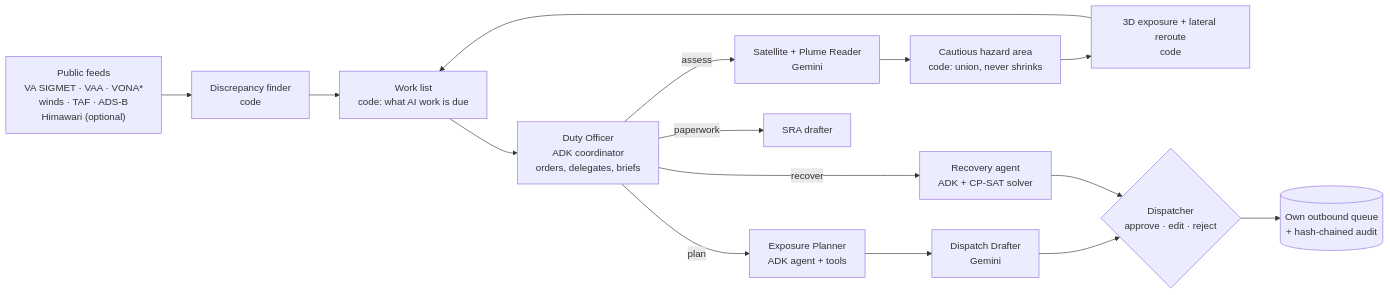
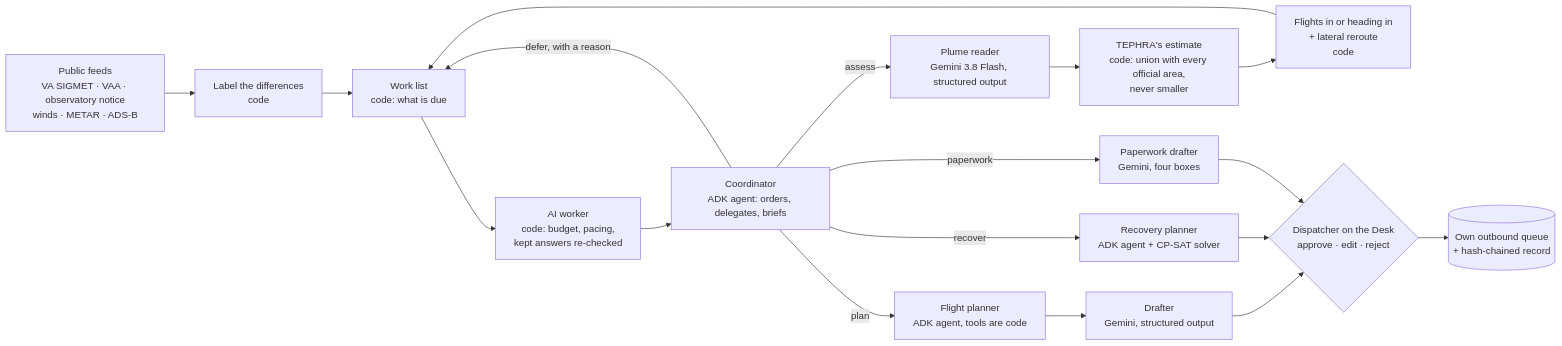
One commit to officialasishkumar/tephra-public changed the first of 2 diagrams in README.md. Above: the diagram before and after it, drawn with Mermaid. The commit also changed other lines of this file and 9 other files, not shown here.

Commit message:
Docs: README, glossary, evals, architecture

````diff
--- a/README.md
+++ b/README.md
@@ -24,17 +55,20 @@
 ```mermaid
 flowchart LR
-  F["Public feeds<br/>VA SIGMET · VAA · VONA*<br/>winds · TAF · ADS-B<br/>Himawari (optional)"] --> D["Discrepancy finder<br/>code"]
-  D --> W["Work list<br/>code: what AI work is due"]
-  W --> DO["Duty Officer<br/>ADK coordinator<br/>orders, delegates, briefs"]
-  DO -->|assess| P["Satellite + Plume Reader<br/>Gemini"]
-  P --> C["Cautious hazard area<br/>code: union, never shrinks"]
-  C --> E["3D exposure + lateral reroute<br/>code"]
-  E --> W
-  DO -->|plan| PL["Exposure Planner<br/>ADK agent + tools"]
-  PL --> DR["Dispatch Drafter<br/>Gemini"]
-  DR --> H{"Dispatcher<br/>approve · edit · reject"}
-  H --> Q[("Own outbound queue<br/>+ hash-chained audit")]
-  DO -->|recover| RC["Recovery agent<br/>ADK + CP-SAT solver"]
-  DO -->|paperwork| S["SRA drafter"]
-  RC --> H
+  F["Public feeds<br/>VA SIGMET · VAA · observatory notice<br/>winds · METAR · ADS-B"] --> D["Label the differences<br/>code"]
+  D --> W["Work list<br/>code: what is due"]
+  W --> AIW["AI worker<br/>code: budget, pacing,<br/>kept answers re-checked"]
+  AIW --> CO["Coordinator<br/>ADK agent: orders, delegates, briefs"]
+  CO -->|"defer, with a reason"| W
+  CO -->|"assess"| PR["Plume reader<br/>Gemini 3.8 Flash, structured output"]
+  PR --> CA["TEPHRA's estimate<br/>code: union with every official area,<br/>never smaller"]
+  CA --> EX["Flights in or heading in<br/>+ lateral reroute<br/>code"]
+  EX --> W
+  CO -->|"plan"| FP["Flight planner<br/>ADK agent, tools are code"]
+  FP --> DR["Drafter<br/>Gemini, structured output"]
+  CO -->|"recover"| RP["Recovery planner<br/>ADK agent + CP-SAT solver"]
+  CO -->|"paperwork"| PD["Paperwork drafter<br/>Gemini, four boxes"]
+  DR --> H{"Dispatcher on the Desk<br/>approve · edit · reject"}
+  RP --> H
+  PD --> H
+  H --> R[("Own outbound queue<br/>+ hash-chained record")]
 ```
````
